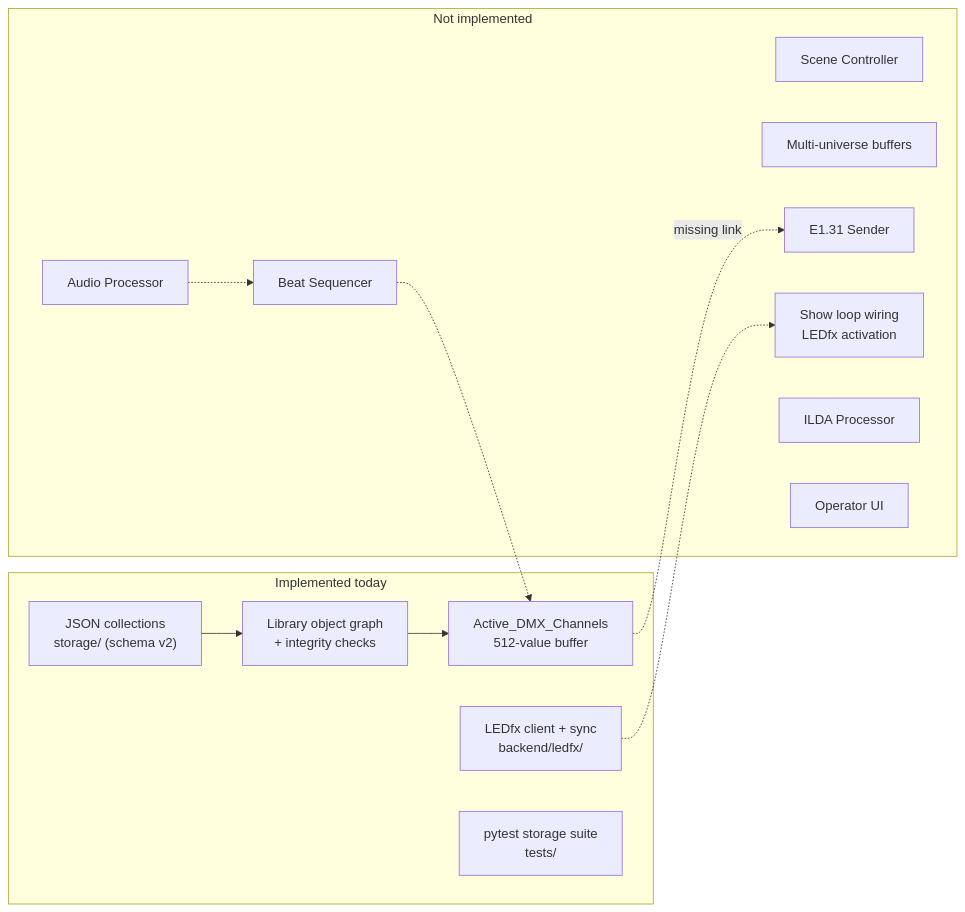
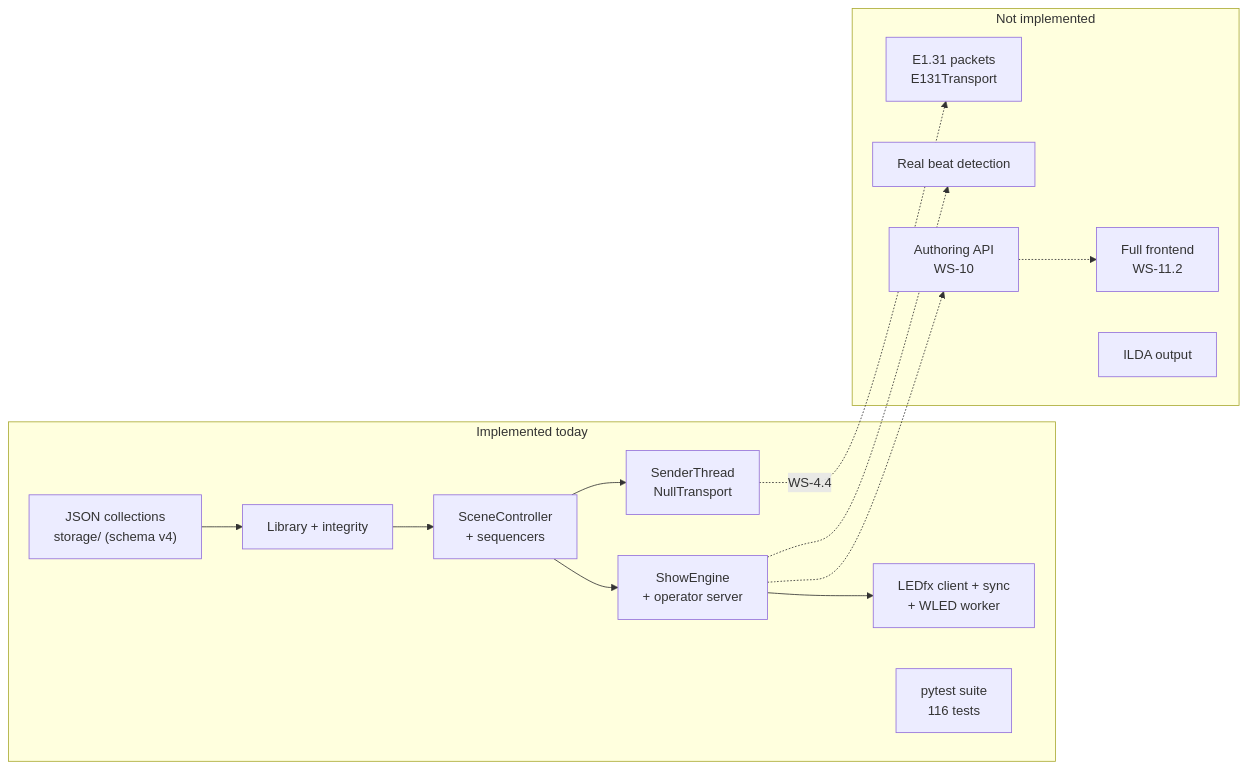
One commit to glane339/lightsappnew changed the diagram in docs/project_overview.md. Above: the diagram before and after it, drawn with Mermaid. The commit also changed other lines of this file and 49 other files, not shown here.

````diff
--- a/docs/project_overview.md
+++ b/docs/project_overview.md
@@ -193,24 +227,25 @@
 ```mermaid
 flowchart LR
     subgraph now["Implemented today"]
-        S1["JSON collections<br/>storage/ (schema v2)"]
-        S2["Library object graph<br/>+ integrity checks"]
-        S3["Active_DMX_Channels<br/>512-value buffer"]
-        S4["LEDfx client + sync<br/>backend/ledfx/"]
-        S5["pytest storage suite<br/>tests/"]
-        S1 --> S2 --> S3
+        S1["JSON collections<br/>storage/ (schema v4)"]
+        S2["Library + integrity"]
+        S3["SceneController<br/>+ sequencers"]
+        S4["ShowEngine<br/>+ operator server"]
+        S5["SenderThread<br/>NullTransport"]
+        S6["LEDfx client + sync<br/>+ WLED worker"]
+        S7["pytest suite<br/>116 tests"]
+        S1 --> S2 --> S3 --> S4
+        S3 --> S5
+        S4 --> S6
     end
     subgraph gap["Not implemented"]
-        G1["Scene Controller"]
-        G2["Audio Processor"]
-        G3["Beat Sequencer"]
-        G4["Multi-universe buffers"]
-        G5["E1.31 Sender"]
-        G6["Show loop wiring<br/>LEDfx activation"]
-        G7["ILDA Processor"]
-        G8["Operator UI"]
+        G1["E1.31 packets<br/>E131Transport"]
+        G2["Real beat detection"]
+        G3["Authoring API<br/>WS-10"]
+        G4["Full frontend<br/>WS-11.2"]
+        G5["ILDA output"]
     end
-    S3 -.->|"missing link"| G5
-    S4 -.-> G6
-    G2 -.-> G3 -.-> S3
+    S5 -.->|"WS-4.4"| G1
+    S4 -.-> G2
+    S4 -.-> G3 -.-> G4
 ```
````
